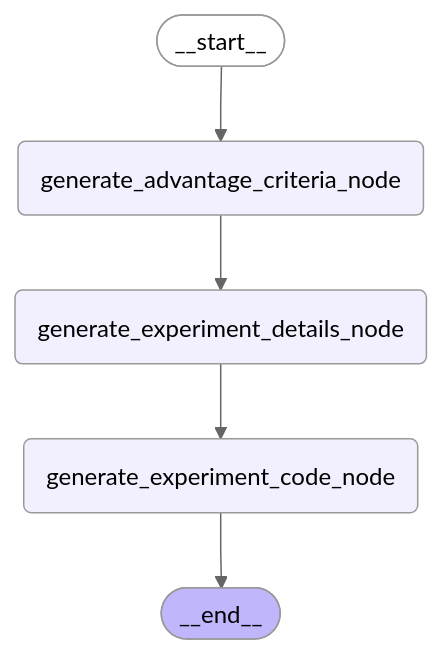
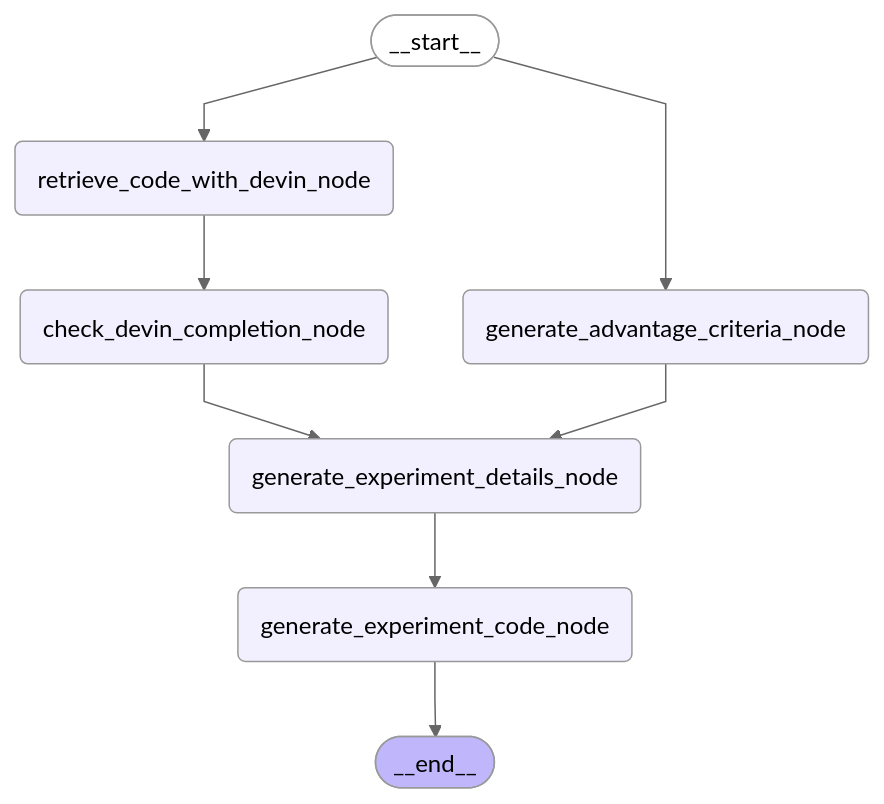
Before and after one commit to auto-res/researchgraph: the diagram in src/researchgraph/experimental_plan_subgraph/README.md, drawn with Mermaid (neutral theme). The commit also changed 19 other files, not shown here.

````diff
--- a/src/researchgraph/experimental_plan_subgraph/README.md
+++ b/src/researchgraph/experimental_plan_subgraph/README.md
@@ -8,16 +8,21 @@
 ```mermaid
 %%{init: {'flowchart': {'curve': 'linear'}}}%%
 graph TD;
         __start__([<p>__start__</p>]):::first
+        retrieve_code_with_devin_node(retrieve_code_with_devin_node)
+        check_devin_completion_node(check_devin_completion_node)
         generate_advantage_criteria_node(generate_advantage_criteria_node)
         generate_experiment_details_node(generate_experiment_details_node)
         generate_experiment_code_node(generate_experiment_code_node)
         __end__([<p>__end__</p>]):::last
         __start__ --> generate_advantage_criteria_node;
+        __start__ --> retrieve_code_with_devin_node;
+        check_devin_completion_node --> generate_experiment_details_node;
         generate_advantage_criteria_node --> generate_experiment_details_node;
         generate_experiment_code_node --> __end__;
         generate_experiment_details_node --> generate_experiment_code_node;
+        retrieve_code_with_devin_node --> check_devin_completion_node;
         classDef default fill:#f2f0ff,line-height:1.2
         classDef first fill-opacity:0
         classDef last fill:#bfb6fc
 ```
````
